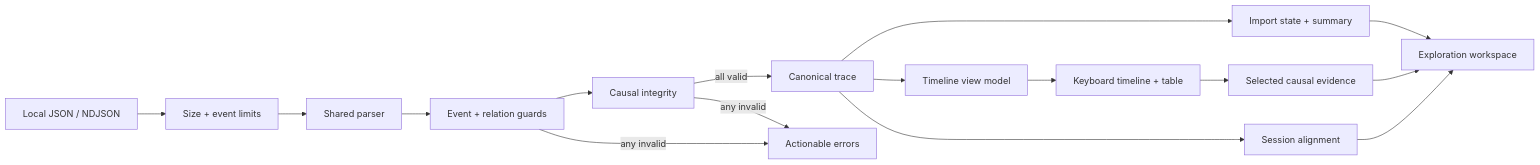
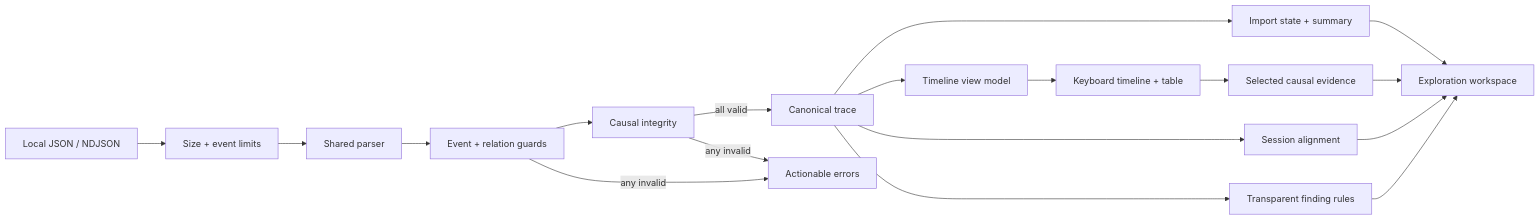
Before and after one commit to ASKR04/JavaScript: the diagram in eventweave/README.md, drawn with Mermaid. The commit also changed other lines of this file and 4 other files, not shown here.

Commit message:
feat(eventweave): add transparent trace findings

````diff
--- a/eventweave/README.md
+++ b/eventweave/README.md
@@ -76,18 +77,20 @@
 ```mermaid
 flowchart LR
     File["Local JSON / NDJSON"] --> Limits["Size + event limits"]
     Limits --> Parse["Shared parser"]
     Parse --> Guard["Event + relation guards"]
     Guard --> Integrity["Causal integrity"]
     Integrity -->|all valid| Normalize["Canonical trace"]
     Guard -->|any invalid| Errors["Actionable errors"]
     Integrity -->|any invalid| Errors
     Normalize --> ImportUI["Import state + summary"]
     Normalize --> TimelineVM["Timeline view model"]
     TimelineVM --> TimelineUI["Keyboard timeline + table"]
     TimelineUI --> CausalUI["Selected causal evidence"]
     Normalize --> Compare["Session alignment"]
+    Normalize --> Findings["Transparent finding rules"]
     ImportUI --> UI["Exploration workspace"]
     CausalUI --> UI
     Compare --> UI
+    Findings --> UI
 ```
````
